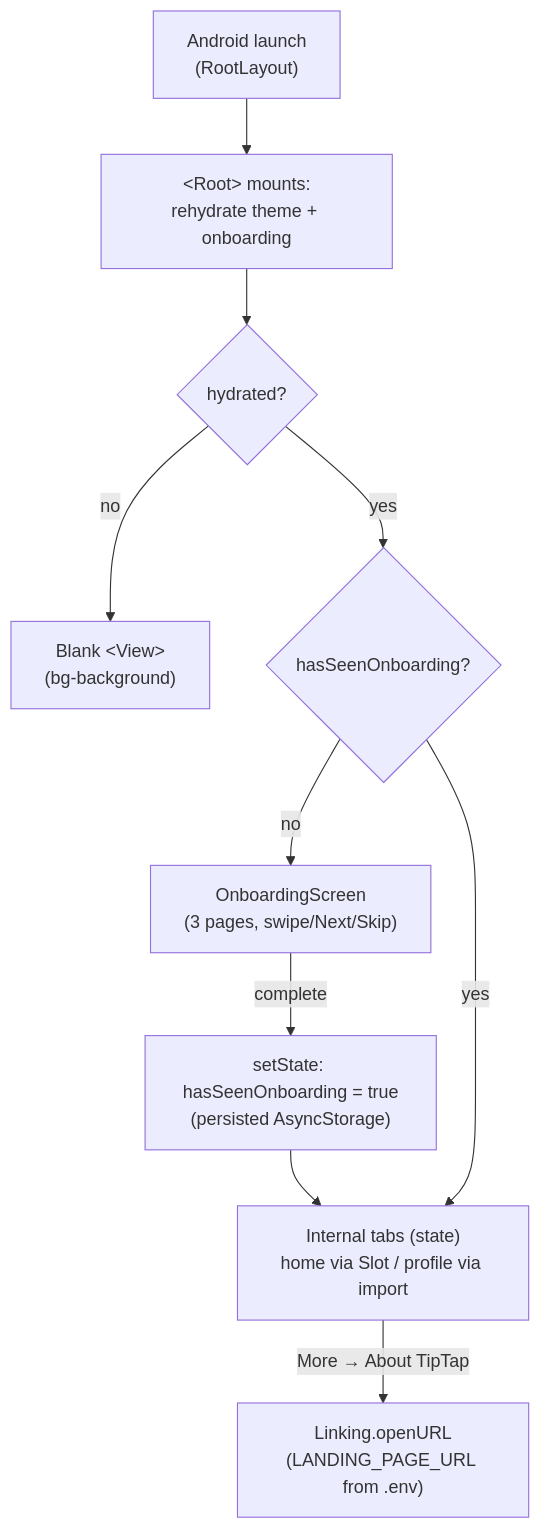
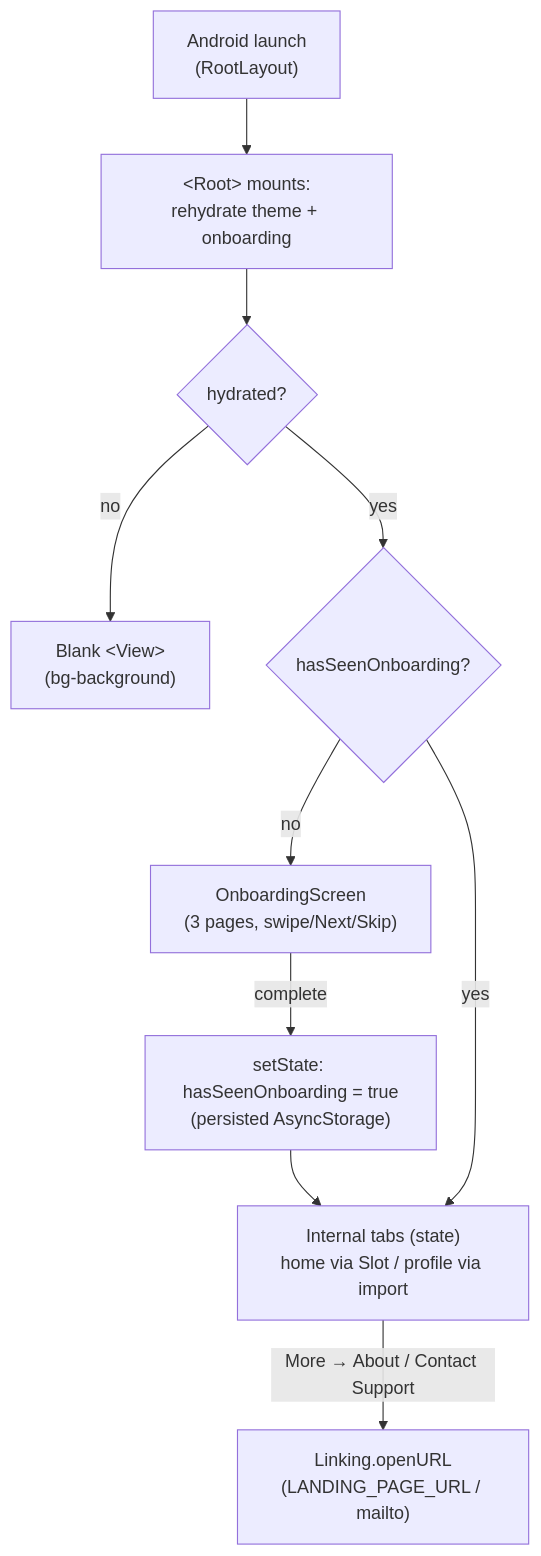
One commit to yuriusuonly/tiptap changed the second of 4 diagrams in CONTRIBUTING.md. Above: the diagram before and after it, drawn with Mermaid. The commit also changed 2 other files, not shown here.

Commit message:
(feat) add Contact Support under Profile More
Group About and Contact Support in the same More card on Android Profile. Contact Support opens mailto:yuriusu.dev@gmail.com. Update DESIGN.md and CONTRIBUTING.md to reflect the new row. Verified web and Android exports.

````diff
--- a/CONTRIBUTING.md
+++ b/CONTRIBUTING.md
@@ -76,14 +76,14 @@
 ```mermaid
 flowchart TB
     START["Android launch<br/>(RootLayout)"]
     ROOT["&lt;Root&gt; mounts:<br/>rehydrate theme + onboarding"]
     START --> ROOT
     ROOT --> GATE{"hydrated?"}
     GATE -- no --> BLANK["Blank &lt;View&gt;<br/>(bg-background)"]
     GATE -- yes --> SEEN{"hasSeenOnboarding?"}
     SEEN -- no --> ONB["OnboardingScreen<br/>(3 pages, swipe/Next/Skip)"]
     ONB -->|complete| SEENFLAG["setState: hasSeenOnboarding = true<br/>(persisted AsyncStorage)"]
     SEENFLAG --> TABS
     SEEN -- yes --> TABS["Internal tabs (state)<br/>home via Slot / profile via import"]
-    TABS -->|More → About TipTap| LANDING["Linking.openURL<br/>(LANDING_PAGE_URL from .env)"]
+    TABS -->|More → About / Contact Support| LANDING["Linking.openURL<br/>(LANDING_PAGE_URL / mailto)"]
 ```
````
